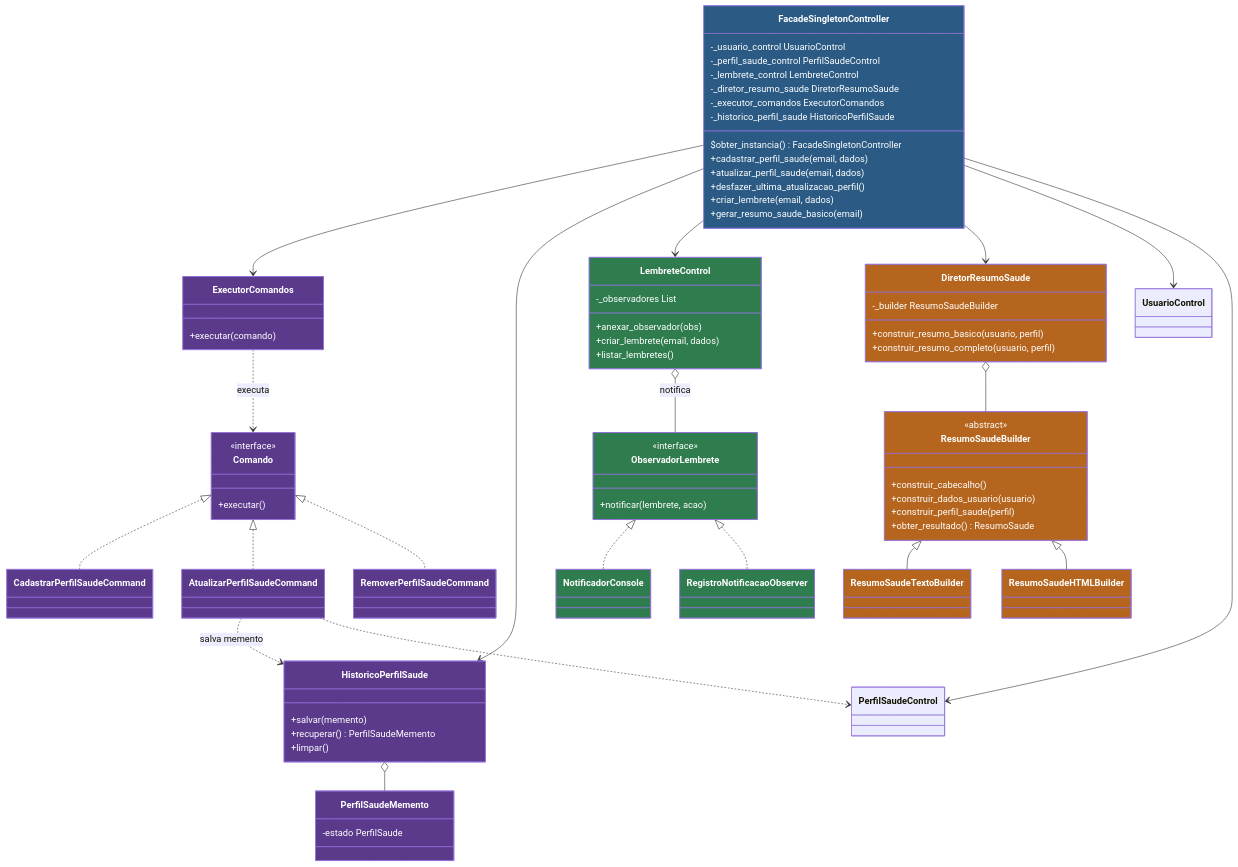
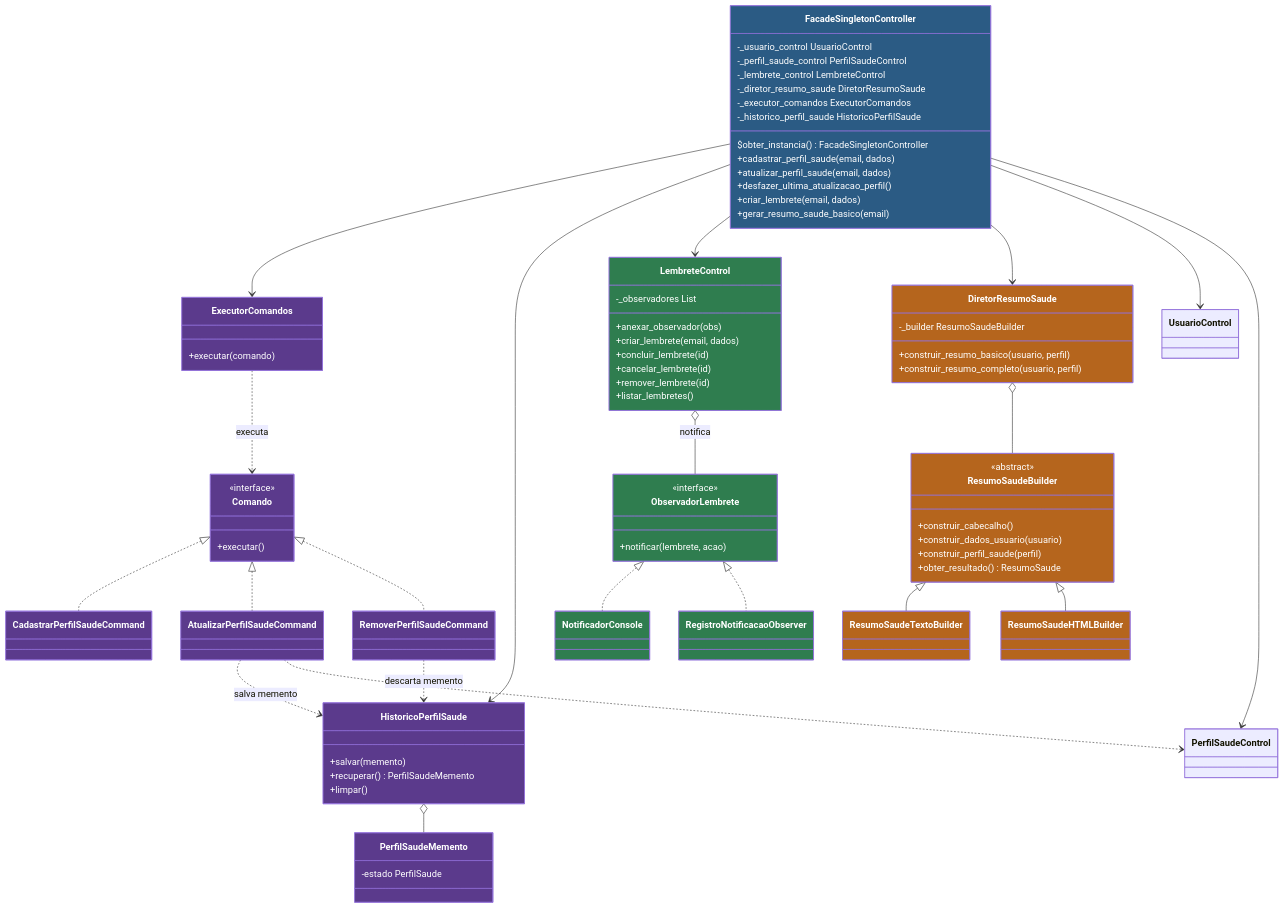
Before and after one commit to diogo19025/medsense: the fourth of 4 diagrams in README.md, drawn with Mermaid. The commit also changed other lines of this file, not shown here.

Commit message:
docs(readme): alinhar o diagrama de classes ao codigo
O diagrama nao mostrava a dependencia de RemoverPerfilSaudeCommand com o
HistoricoPerfilSaude, e o LembreteControl aparecia sem as operacoes de
conclusao, cancelamento e remocao. Atualiza tambem a visao geral, que
descrevia os lembretes apenas como notificaveis.

```diff
--- a/README.md
+++ b/README.md
@@ -190,6 +190,9 @@
         -_observadores List
         +anexar_observador(obs)
         +criar_lembrete(email, dados)
+        +concluir_lembrete(id)
+        +cancelar_lembrete(id)
+        +remover_lembrete(id)
         +listar_lembretes()
     }
 
@@ -223,6 +226,7 @@
     Comando <|.. RemoverPerfilSaudeCommand
     ExecutorComandos ..> Comando : executa
     AtualizarPerfilSaudeCommand ..> HistoricoPerfilSaude : salva memento
+    RemoverPerfilSaudeCommand ..> HistoricoPerfilSaude : descarta memento
     HistoricoPerfilSaude o-- PerfilSaudeMemento
     AtualizarPerfilSaudeCommand ..> PerfilSaudeControl
 
```
